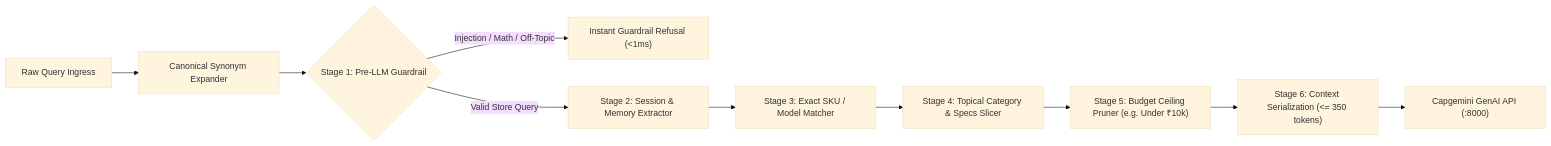
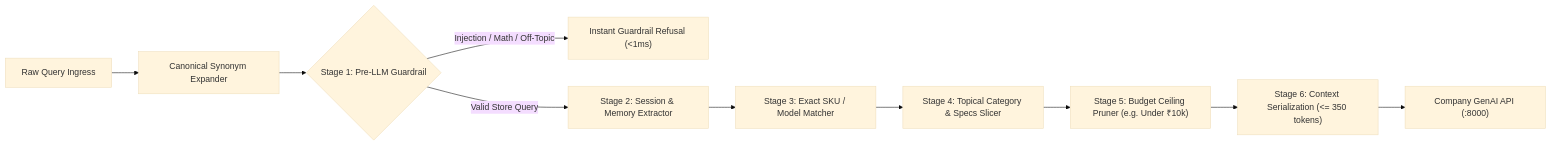
The second of 5 diagrams in README.md (srikaran3004/STRIDE), drawn with Mermaid (base theme) before and after one commit. The commit also changed other lines of this file and 1 other file, not shown here.

````diff
--- a/README.md
+++ b/README.md
@@ -102,14 +103,14 @@
 ```mermaid
 flowchart LR
     A["Raw Query Ingress"] --> B["Canonical Synonym Expander"]
     B --> C{"Stage 1: Pre-LLM Guardrail"}
-    
+
     C -->|"Injection / Math / Off-Topic"| C_BLOCK["Instant Guardrail Refusal (<1ms)"]
     C -->|"Valid Store Query"| D["Stage 2: Session & Memory Extractor"]
-    
+
     D --> E["Stage 3: Exact SKU / Model Matcher"]
     E --> F["Stage 4: Topical Category & Specs Slicer"]
     F --> G["Stage 5: Budget Ceiling Pruner (e.g. Under ₹10k)"]
     G --> H["Stage 6: Context Serialization (<= 350 tokens)"]
-    H --> I["Capgemini GenAI API (:8000)"]
+    H --> I["Company GenAI API (:8000)"]
 ```
````
